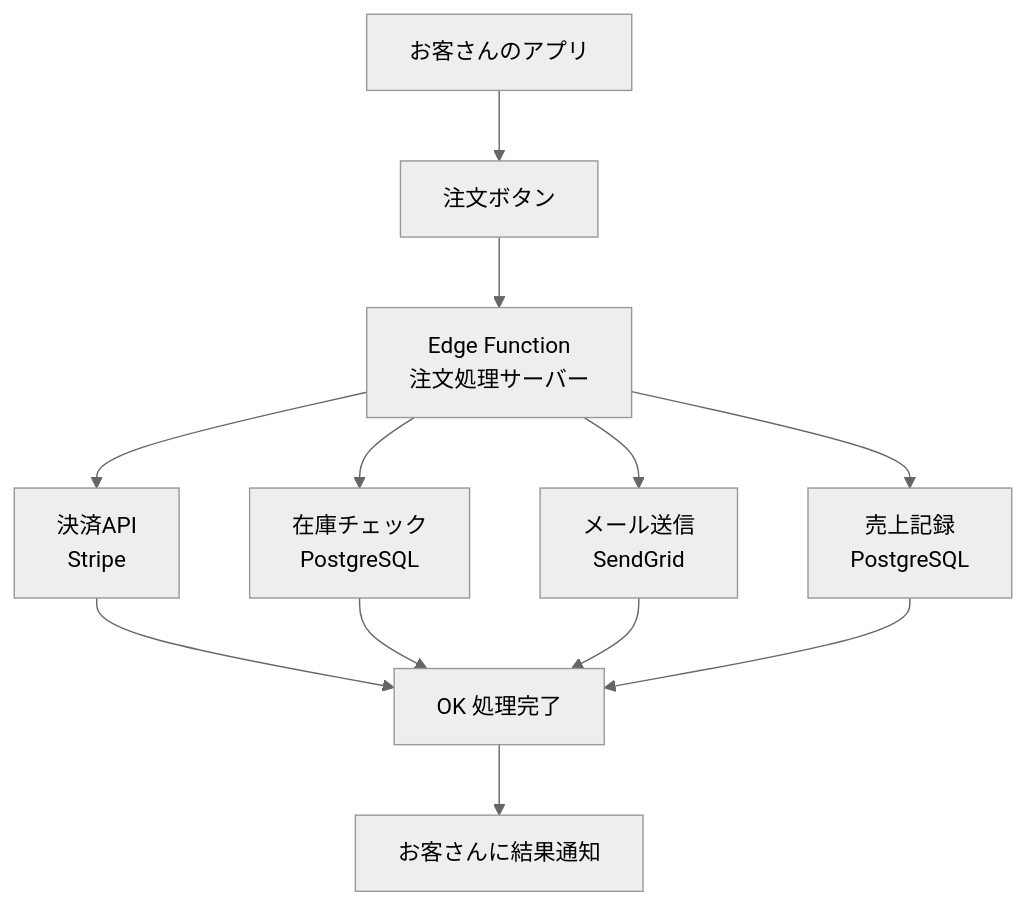
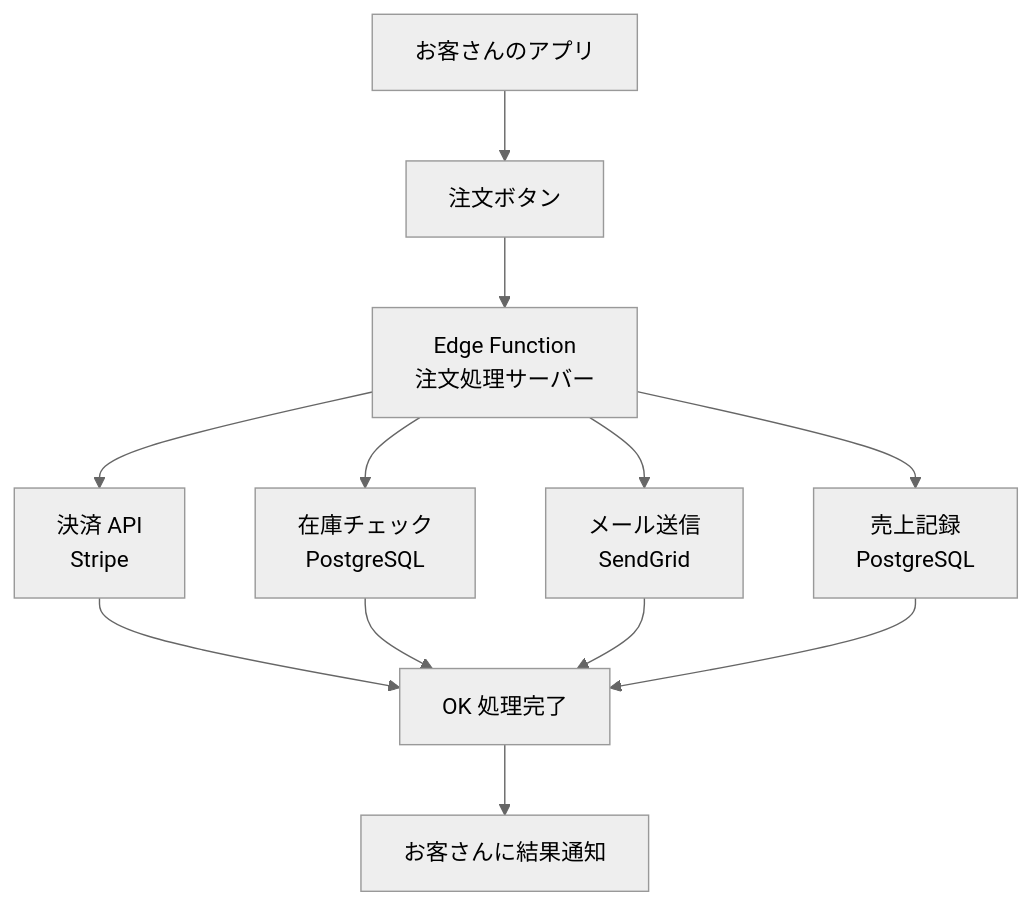
The first of 2 diagrams in docs/chapters/chapter04/index.md (itdojp/supabase-architecture-patterns-book), drawn with Mermaid (neutral theme) before and after one commit. The commit also changed other lines of this file and 31 other files, not shown here.

````diff
--- a/docs/chapters/chapter04/index.md
+++ b/docs/chapters/chapter04/index.md
@@ -70,16 +70,16 @@
 ```mermaid
 flowchart TD
     A[ お客さんのアプリ] --> B[ 注文ボタン]
     B --> C[ Edge Function<br/>注文処理サーバー]
-    
-    C --> D[ 決済API<br/>Stripe]
+
+    C --> D[ 決済 API<br/>Stripe]
     C --> E[ 在庫チェック<br/>PostgreSQL]
     C --> F[ メール送信<br/>SendGrid]
     C --> G[ 売上記録<br/>PostgreSQL]
-    
+
     D --> H[OK 処理完了]
     E --> H
     F --> H
     G --> H
     H --> I[ お客さんに結果通知]
 ```
````
